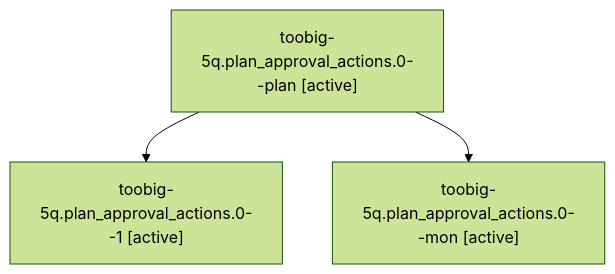
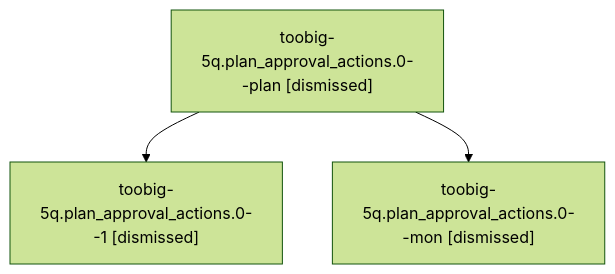
The diagram in sessions/bbugyi200.athena.toobig-5q.plan_approval_actions.0.md (sase-org/sase--agents), drawn with Mermaid (forest theme) before and after one commit. The commit also changed other lines of this file and 225 other files, not shown here.

````diff
--- a/sessions/bbugyi200.athena.toobig-5q.plan_approval_actions.0.md
+++ b/sessions/bbugyi200.athena.toobig-5q.plan_approval_actions.0.md
@@ -9,8 +9,8 @@
 ```mermaid
 flowchart TD
-  n0["toobig-5q.plan_approval_actions.0--plan [active]"]
-  n1["toobig-5q.plan_approval_actions.0--1 [active]"]
+  n0["toobig-5q.plan_approval_actions.0--plan [dismissed]"]
+  n1["toobig-5q.plan_approval_actions.0--1 [dismissed]"]
   n0 --> n1
-  n2["toobig-5q.plan_approval_actions.0--mon [active]"]
+  n2["toobig-5q.plan_approval_actions.0--mon [dismissed]"]
   n0 --> n2
 ```
````
